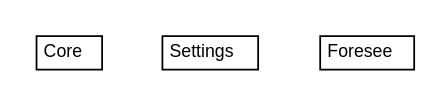
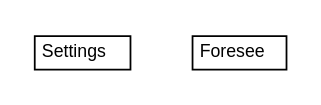
One commit to UnicaLabs-CS/Foresee changed the diagram in docs/it/unica/foresee/it.unica.foresee.dot. Above: the diagram before and after it, drawn with Graphviz. The commit also changed 231 other files, not shown here.

```diff
--- a/docs/it/unica/foresee/it.unica.foresee.dot
+++ b/docs/it/unica/foresee/it.unica.foresee.dot
@@ -1,30 +1,24 @@
 #!/usr/local/bin/dot
 #
 # Class diagram 
 # Generated by UMLGraph version 5.2 (http://www.umlgraph.org/)
 #
 
 digraph G {
 	edge [fontname="Helvetica",fontsize=10,labelfontname="Helvetica",labelfontsize=10];
 	node [fontname="Helvetica",fontsize=10,shape=plaintext];
 	nodesep=0.25;
 	ranksep=0.5;
-	// it.unica.foresee.Core
-	c45 [label=<<table title="it.unica.foresee.Core" border="0" cellborder="1" cellspacing="0" cellpadding="2" port="p" href="./Core.html">
-		<tr><td><table border="0" cellspacing="0" cellpadding="1">
-<tr><td align="center" balign="center"> Core </td></tr>
-		</table></td></tr>
-		</table>>, fontname="Helvetica", fontcolor="black", fontsize=10.0];
 	// it.unica.foresee.Settings
-	c46 [label=<<table title="it.unica.foresee.Settings" border="0" cellborder="1" cellspacing="0" cellpadding="2" port="p" href="./Settings.html">
+	c159 [label=<<table title="it.unica.foresee.Settings" border="0" cellborder="1" cellspacing="0" cellpadding="2" port="p" href="./Settings.html">
 		<tr><td><table border="0" cellspacing="0" cellpadding="1">
 <tr><td align="center" balign="center"> Settings </td></tr>
 		</table></td></tr>
 		</table>>, fontname="Helvetica", fontcolor="black", fontsize=10.0];
 	// it.unica.foresee.Foresee
-	c47 [label=<<table title="it.unica.foresee.Foresee" border="0" cellborder="1" cellspacing="0" cellpadding="2" port="p" href="./Foresee.html">
+	c160 [label=<<table title="it.unica.foresee.Foresee" border="0" cellborder="1" cellspacing="0" cellpadding="2" port="p" href="./Foresee.html">
 		<tr><td><table border="0" cellspacing="0" cellpadding="1">
 <tr><td align="center" balign="center"> Foresee </td></tr>
 		</table></td></tr>
 		</table>>, fontname="Helvetica", fontcolor="black", fontsize=10.0];
 }
```
